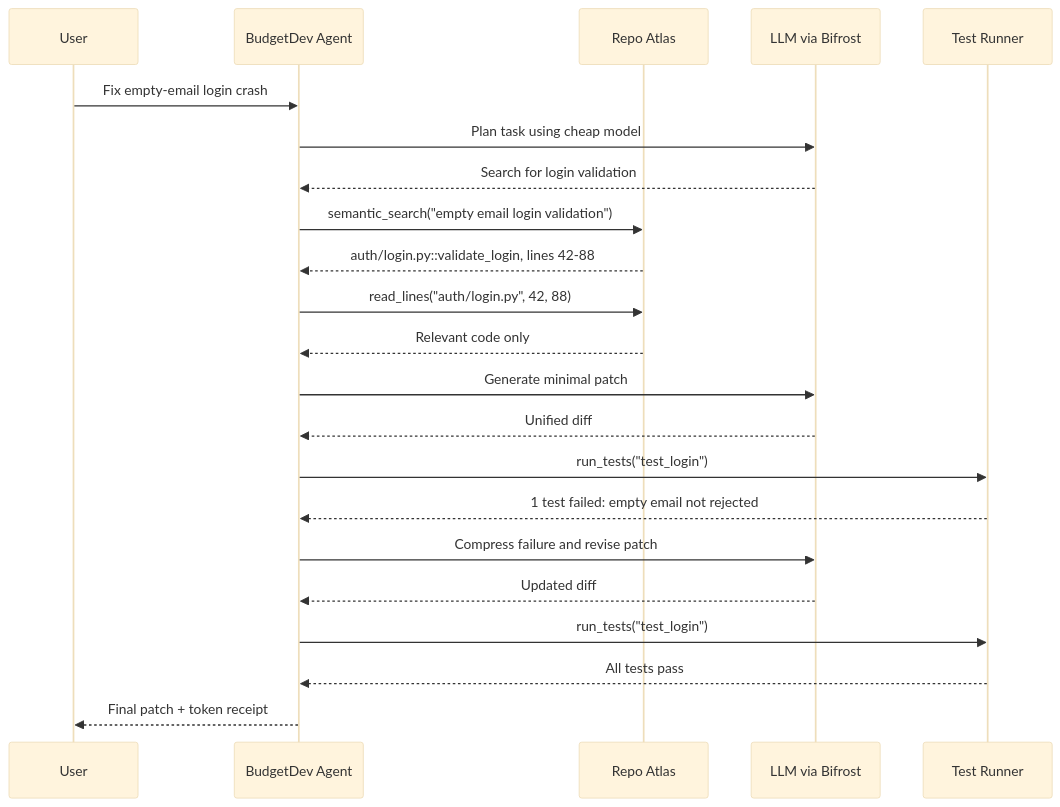
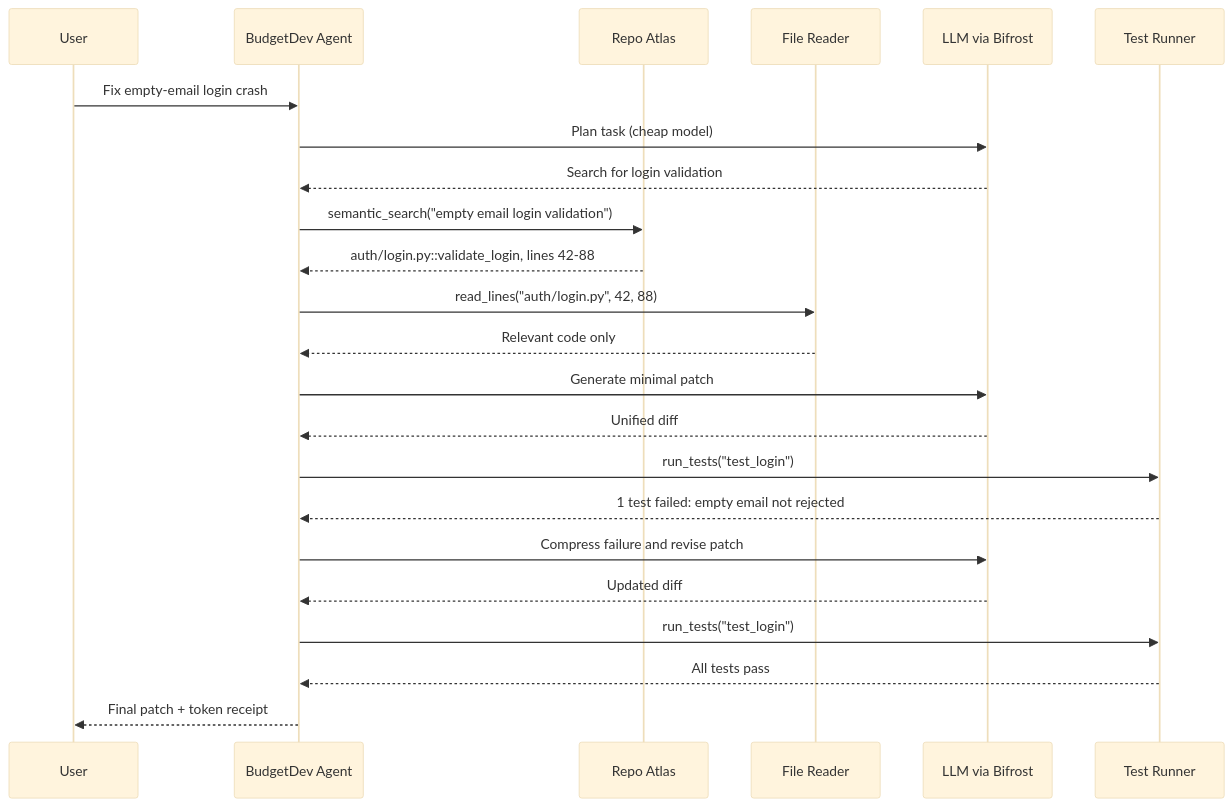
The fifth of 5 diagrams in README.md (YazanDash/global-hackathon), drawn with Mermaid (base theme) before and after one commit. The commit also changed other lines of this file, not shown here.

````diff
--- a/README.md
+++ b/README.md
@@ -170,25 +176,26 @@
 ```mermaid
 sequenceDiagram
     participant U as User
     participant A as BudgetDev Agent
     participant R as Repo Atlas
+    participant F as File Reader
     participant L as LLM via Bifrost
     participant T as Test Runner
 
     U->>A: Fix empty-email login crash
-    A->>L: Plan task using cheap model
+    A->>L: Plan task (cheap model)
     L-->>A: Search for login validation
     A->>R: semantic_search("empty email login validation")
     R-->>A: auth/login.py::validate_login, lines 42-88
-    A->>R: read_lines("auth/login.py", 42, 88)
-    R-->>A: Relevant code only
+    A->>F: read_lines("auth/login.py", 42, 88)
+    F-->>A: Relevant code only
     A->>L: Generate minimal patch
     L-->>A: Unified diff
     A->>T: run_tests("test_login")
     T-->>A: 1 test failed: empty email not rejected
     A->>L: Compress failure and revise patch
     L-->>A: Updated diff
     A->>T: run_tests("test_login")
     T-->>A: All tests pass
     A-->>U: Final patch + token receipt
 ```
````
